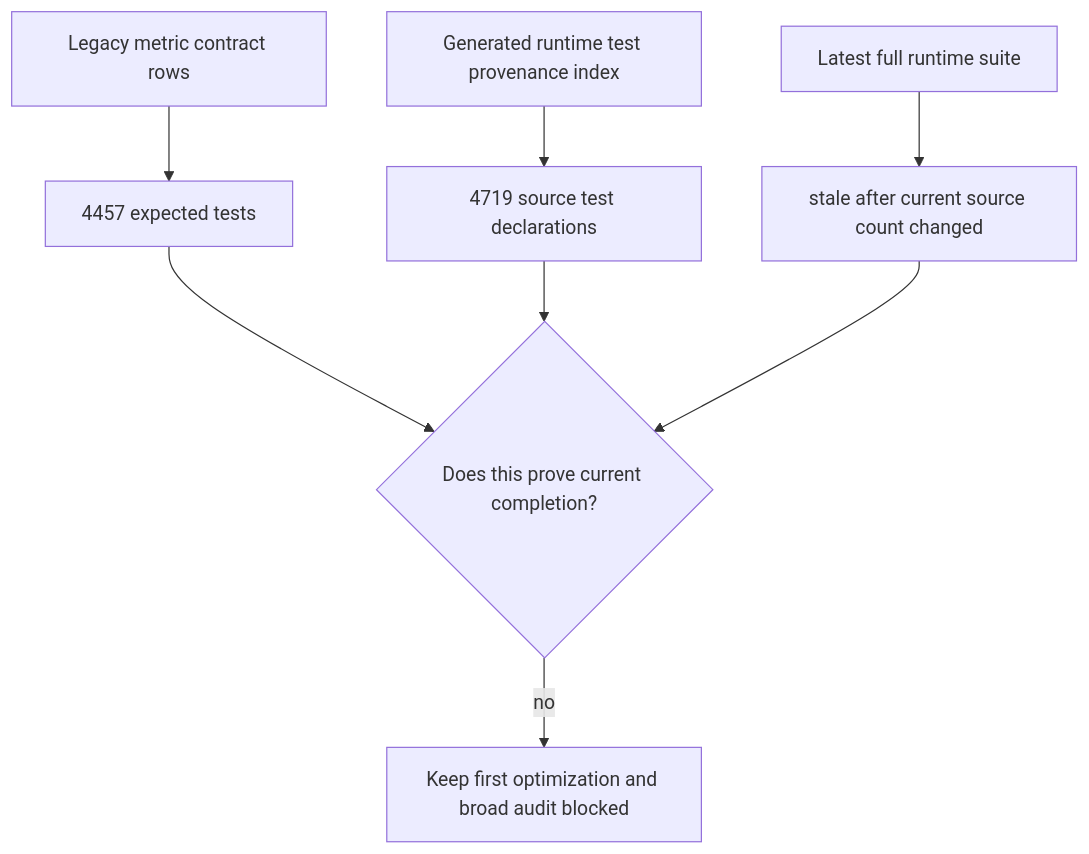
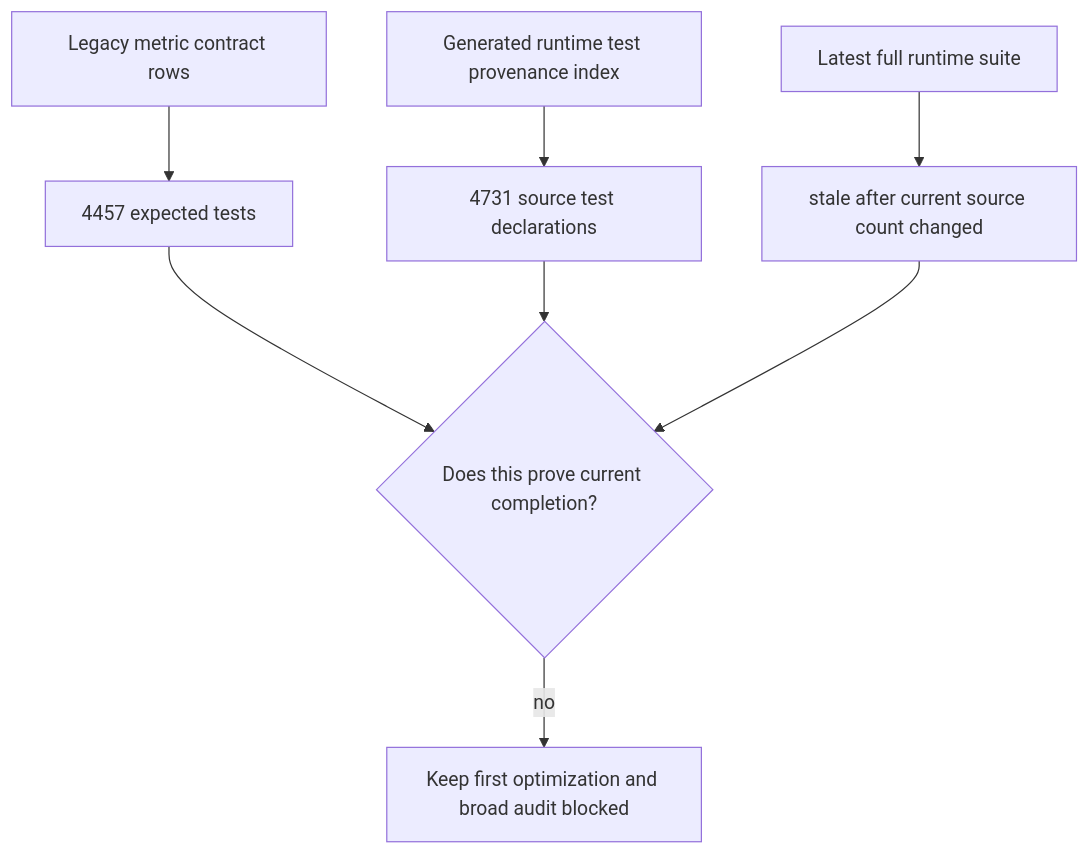
The first of 6 diagrams in docs/audit/FILTERTUBE_AUDIT_COMPLETION_GAP_REGISTER_2026-05-20.md (varshneydevansh/FilterTube), drawn with Mermaid before and after one commit. The commit also changed other lines of this file and 86 other files, not shown here.

Commit message:
test: refresh runtime count provenance proof

````diff
--- a/docs/audit/FILTERTUBE_AUDIT_COMPLETION_GAP_REGISTER_2026-05-20.md
+++ b/docs/audit/FILTERTUBE_AUDIT_COMPLETION_GAP_REGISTER_2026-05-20.md
@@ -613,10 +613,10 @@
 ```mermaid
 flowchart TD
   A["Legacy metric contract rows"] --> B["4457 expected tests"]
-  C["Generated runtime test provenance index"] --> D["4719 source test declarations"]
+  C["Generated runtime test provenance index"] --> D["4731 source test declarations"]
   E["Latest full runtime suite"] --> F["stale after current source count changed"]
   B --> G{"Does this prove current completion?"}
   D --> G
   F --> G
   G -->|"no"| H["Keep first optimization and broad audit blocked"]
 ```
````
